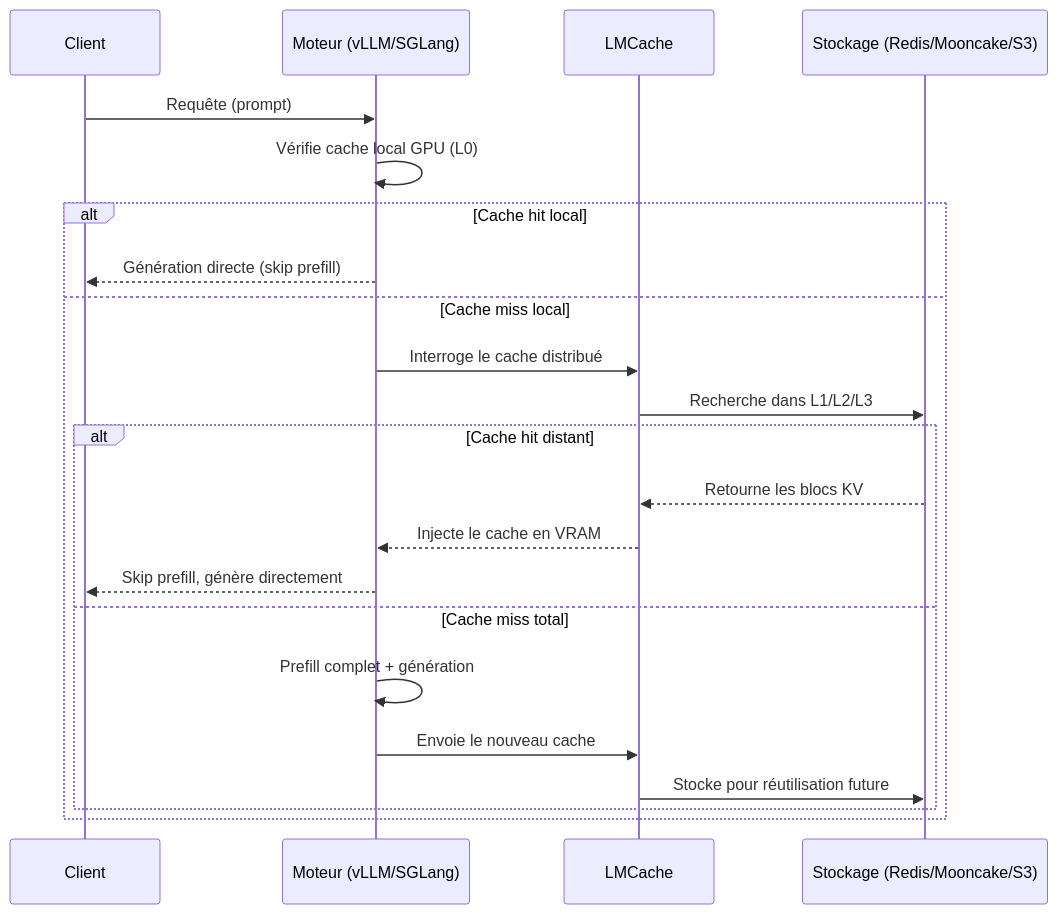
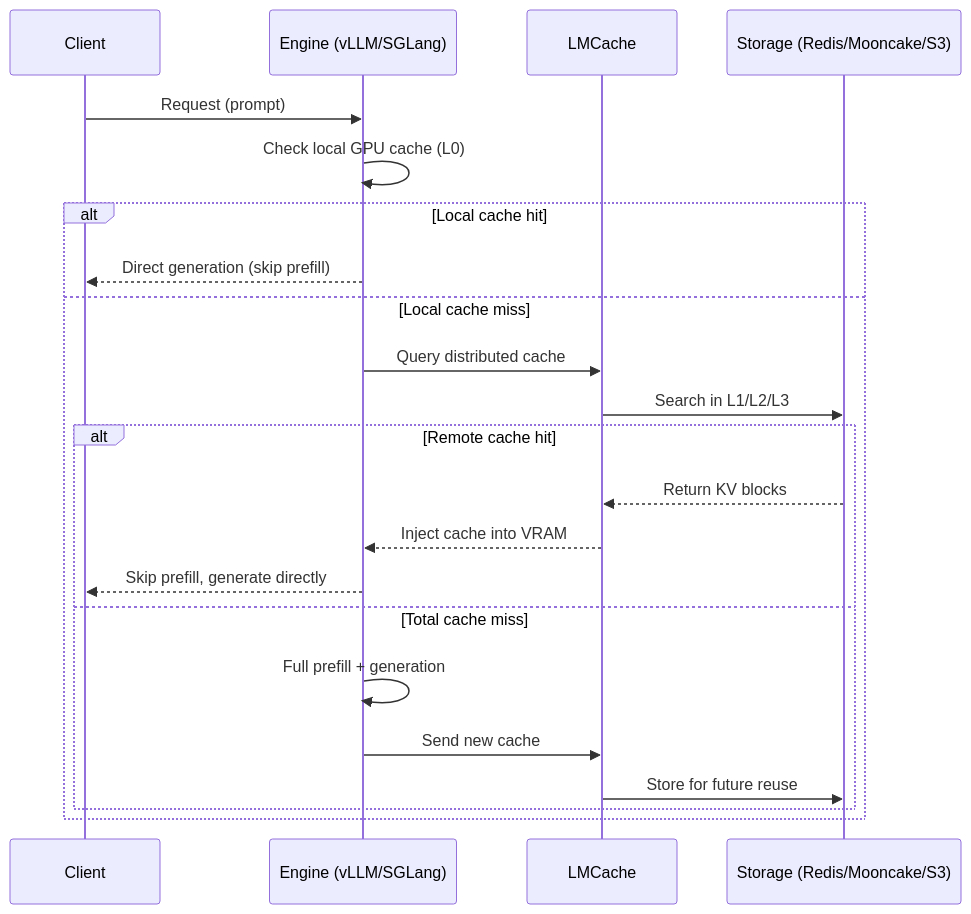
Before and after one commit to ADORSYS-GIS/Custom-Ai-Ops: the sixth of 9 diagrams in docs/explain/bible-kv-cache.md, drawn with Mermaid. The commit also changed other lines of this file and 25 other files, not shown here.

````diff
--- a/docs/explain/bible-kv-cache.md
+++ b/docs/explain/bible-kv-cache.md
@@ -373,25 +373,25 @@
 ```mermaid
 sequenceDiagram
     participant C as Client
-    participant M as Moteur (vLLM/SGLang)
+    participant M as Engine (vLLM/SGLang)
     participant L as LMCache
-    participant S as Stockage (Redis/Mooncake/S3)
+    participant S as Storage (Redis/Mooncake/S3)
 
-    C->>M: Requête (prompt)
-    M->>M: Vérifie cache local GPU (L0)
-    alt Cache hit local
-        M-->>C: Génération directe (skip prefill)
-    else Cache miss local
-        M->>L: Interroge le cache distribué
-        L->>S: Recherche dans L1/L2/L3
-        alt Cache hit distant
-            S-->>L: Retourne les blocs KV
-            L-->>M: Injecte le cache en VRAM
-            M-->>C: Skip prefill, génère directement
-        else Cache miss total
-            M->>M: Prefill complet + génération
-            M->>L: Envoie le nouveau cache
-            L->>S: Stocke pour réutilisation future
+    C->>M: Request (prompt)
+    M->>M: Check local GPU cache (L0)
+    alt Local cache hit
+        M-->>C: Direct generation (skip prefill)
+    else Local cache miss
+        M->>L: Query distributed cache
+        L->>S: Search in L1/L2/L3
+        alt Remote cache hit
+            S-->>L: Return KV blocks
+            L-->>M: Inject cache into VRAM
+            M-->>C: Skip prefill, generate directly
+        else Total cache miss
+            M->>M: Full prefill + generation
+            M->>L: Send new cache
+            L->>S: Store for future reuse
         end
     end
 ```
````
